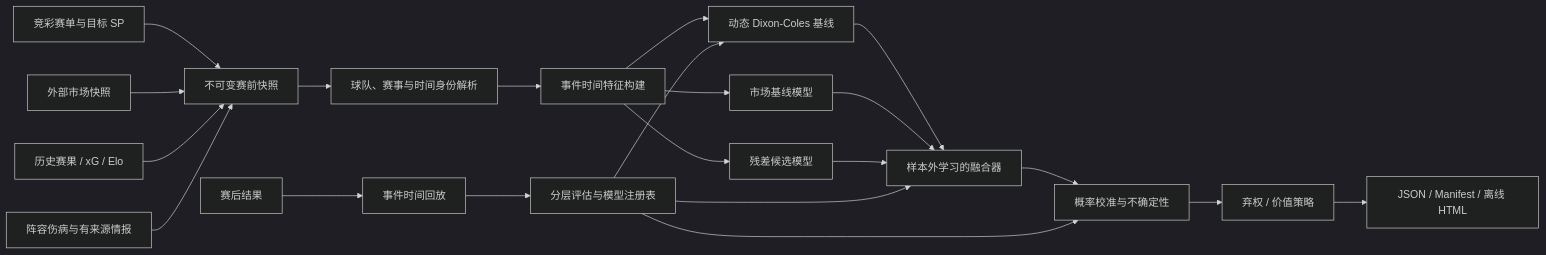
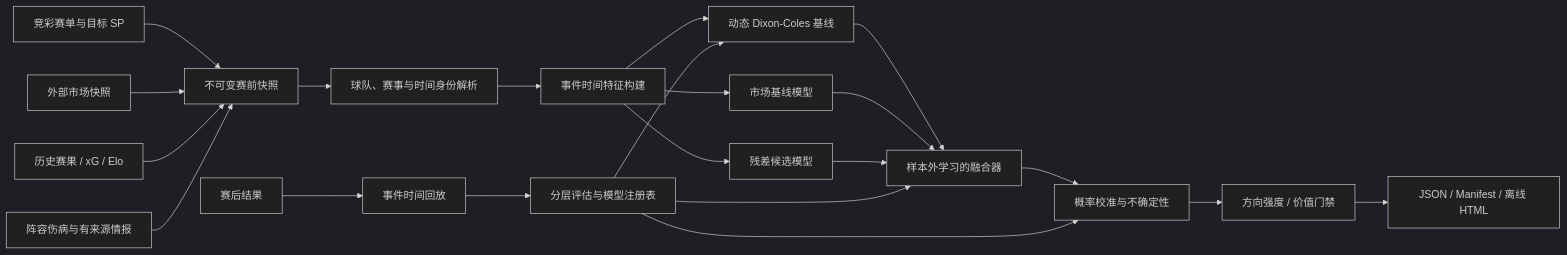
One commit to JetQiao/football-prediction-skill changed the diagram in docs/v0.5-accuracy-architecture.md. Above: the diagram before and after it, drawn with Mermaid (dark theme). The commit also changed other lines of this file and 35 other files, not shown here.

````diff
--- a/docs/v0.5-accuracy-architecture.md
+++ b/docs/v0.5-accuracy-architecture.md
@@ -19,23 +19,23 @@
 ```mermaid
 flowchart LR
     A["竞彩赛单与目标 SP"] --> S["不可变赛前快照"]
     B["外部市场快照"] --> S
     C["历史赛果 / xG / Elo"] --> S
     D["阵容伤病与有来源情报"] --> S
     S --> I["球队、赛事与时间身份解析"]
     I --> F["事件时间特征构建"]
     F --> M1["动态 Dixon-Coles 基线"]
     F --> M2["市场基线模型"]
     F --> M3["残差候选模型"]
     M1 --> E["样本外学习的融合器"]
     M2 --> E
     M3 --> E
     E --> C1["概率校准与不确定性"]
-    C1 --> P["弃权 / 价值策略"]
+    C1 --> P["方向强度 / 价值门禁"]
     P --> R["JSON / Manifest / 离线 HTML"]
     X["赛后结果"] --> B1["事件时间回放"]
     B1 --> V["分层评估与模型注册表"]
     V --> M1
     V --> E
     V --> C1
 ```
````
